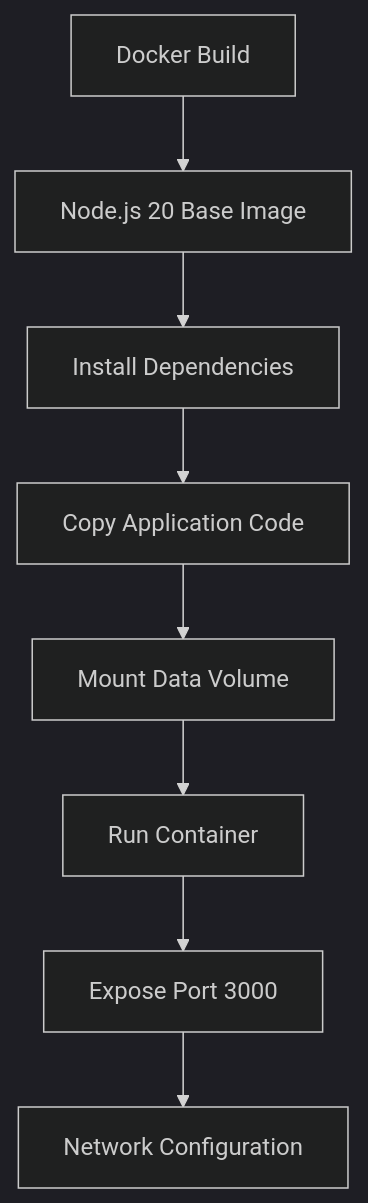
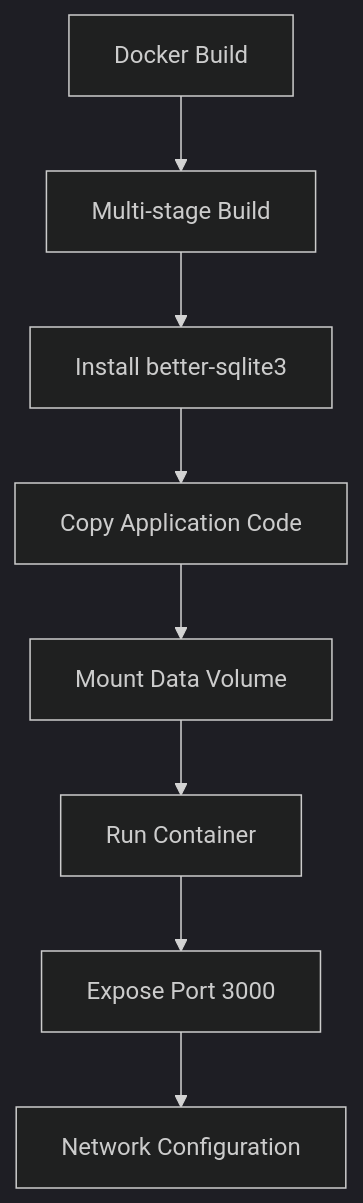
The eighth of 8 diagrams in .qoder/repowiki/en/content/Frontend Application/Workspace Management.md (RunTimeAdmin/tri-ai), drawn with Mermaid (dark theme) before and after one commit. The commit also changed other lines of this file and 40 other files, not shown here.

````diff
--- a/.qoder/repowiki/en/content/Frontend Application/Workspace Management.md
+++ b/.qoder/repowiki/en/content/Frontend Application/Workspace Management.md
@@ -330,10 +352,10 @@
 ```mermaid
 flowchart TD
-Build[Docker Build] --> Image[Node.js 20 Base Image]
-Image --> Dependencies[Install Dependencies]
+Build[Docker Build] --> Image[Multi-stage Build]
+Image --> Dependencies[Install better-sqlite3]
 Dependencies --> Application[Copy Application Code]
 Application --> Volume[Mount Data Volume]
 Volume --> Container[Run Container]
 Container --> Port[Expose Port 3000]
 Port --> Network[Network Configuration]
 ```
````
